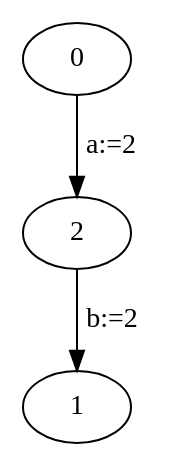
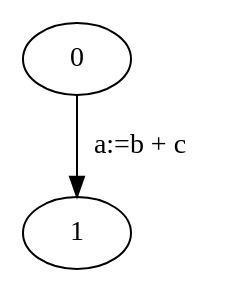
The diagram in assignmentfolder/graph.dot (Frinkel/ComputerScienceModelling_Parser-Interpreter), drawn with Graphviz before and after one commit. The commit also changed 3 other files, not shown here.

```diff
--- a/assignmentfolder/graph.dot
+++ b/assignmentfolder/graph.dot
@@ -1,4 +1,3 @@
 digraph G {
-0 -> 2 [label = "a:=2"];
-2 -> 1 [label = "b:=2"];
+0 -> 1 [label = "a:=b + c"];
 }
```
